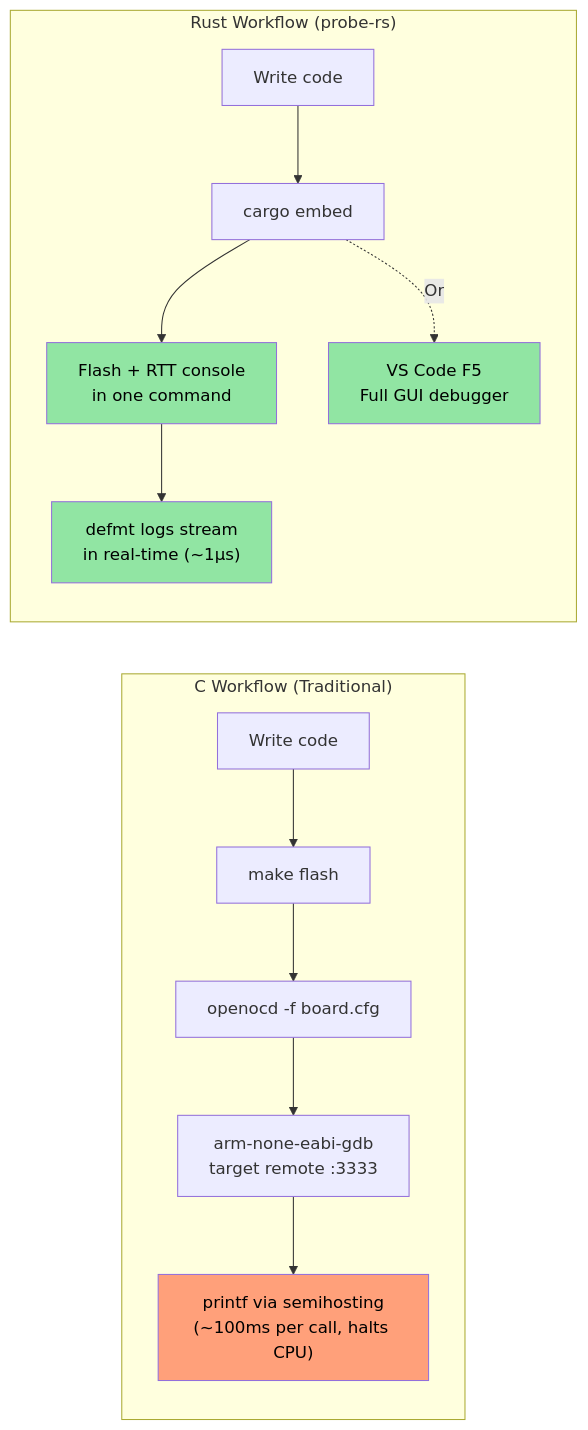
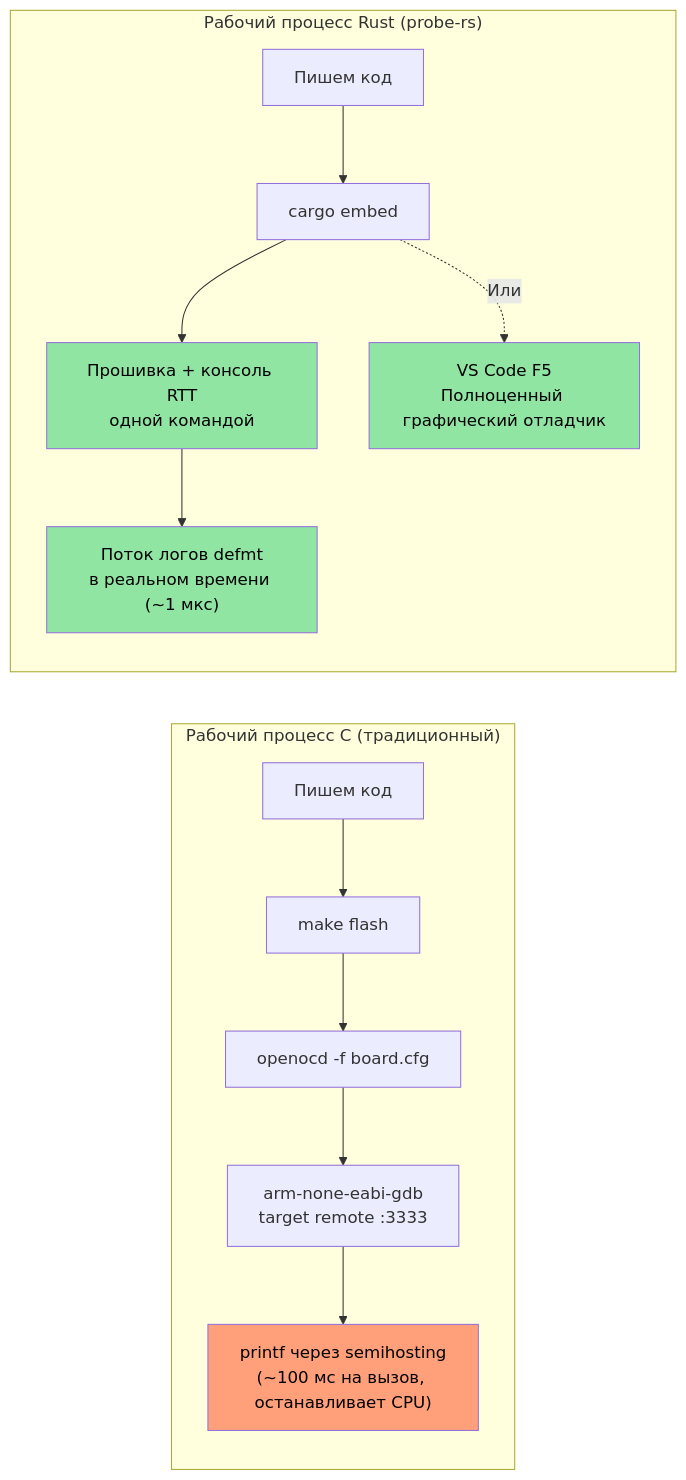
One commit to r007/RustTraining-Rus changed the second of 2 diagrams in c-cpp-book/src/ch15-1-embedded-deep-dive.md. Above: the diagram before and after it, drawn with Mermaid. The commit also changed other lines of this file and 11 other files, not shown here.

````diff
--- a/c-cpp-book/src/ch15-1-embedded-deep-dive.md
+++ b/c-cpp-book/src/ch15-1-embedded-deep-dive.md
@@ -723,21 +723,21 @@
 ```mermaid
 graph LR
-    subgraph "C Workflow (Traditional)"
-        C1["Write code"] --> C2["make flash"]
+    subgraph "Рабочий процесс C (традиционный)"
+        C1["Пишем код"] --> C2["make flash"]
         C2 --> C3["openocd -f board.cfg"]
         C3 --> C4["arm-none-eabi-gdb<br/>target remote :3333"]
-        C4 --> C5["printf via semihosting<br/>(~100ms per call, halts CPU)"]
+        C4 --> C5["printf через semihosting<br/>(~100 мс на вызов, останавливает CPU)"]
     end
     
-    subgraph "Rust Workflow (probe-rs)"
-        R1["Write code"] --> R2["cargo embed"]
-        R2 --> R3["Flash + RTT console<br/>in one command"]
-        R3 --> R4["defmt logs stream<br/>in real-time (~1μs)"]
-        R2 -.->|"Or"| R5["VS Code F5<br/>Full GUI debugger"]
+    subgraph "Рабочий процесс Rust (probe-rs)"
+        R1["Пишем код"] --> R2["cargo embed"]
+        R2 --> R3["Прошивка + консоль RTT<br/>одной командой"]
+        R3 --> R4["Поток логов defmt<br/>в реальном времени (~1 мкс)"]
+        R2 -.->|"Или"| R5["VS Code F5<br/>Полноценный графический отладчик"]
     end
     
     style C5 fill:#ffa07a,color:#000
     style R3 fill:#91e5a3,color:#000
     style R4 fill:#91e5a3,color:#000
     style R5 fill:#91e5a3,color:#000
 ```
````
